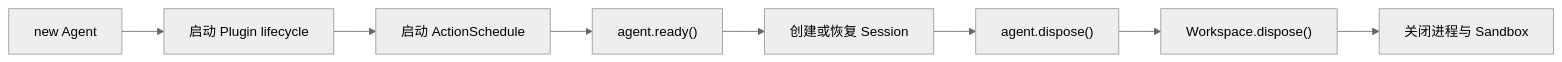
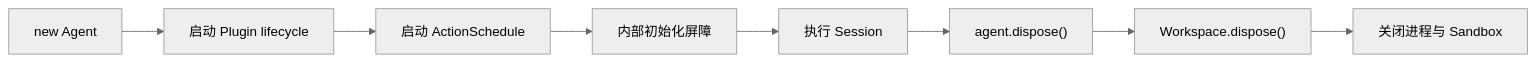
Before and after one commit to genesiscosmos/downcity: the second of 2 diagrams in homepage/content/docs/zh/agent/runtime-architecture.mdx, drawn with Mermaid (neutral theme). The commit also changed other lines of this file and 113 other files, not shown here.

````diff
--- a/homepage/content/docs/zh/agent/runtime-architecture.mdx
+++ b/homepage/content/docs/zh/agent/runtime-architecture.mdx
@@ -185,10 +185,10 @@
 ```mermaid
 flowchart LR
     Construct["new Agent"] --> Plugins["启动 Plugin lifecycle"]
     Plugins --> Schedule["启动 ActionSchedule"]
-    Schedule --> Ready["agent.ready()"]
-    Ready --> Running["创建或恢复 Session"]
+    Schedule --> Barrier["内部初始化屏障"]
+    Barrier --> Running["执行 Session"]
     Running --> Dispose["agent.dispose()"]
     Dispose --> Workspace["Workspace.dispose()"]
     Workspace --> Shell["关闭进程与 Sandbox"]
 ```
````
